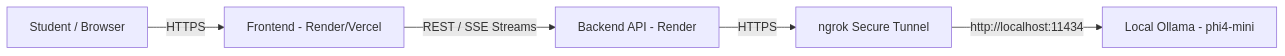
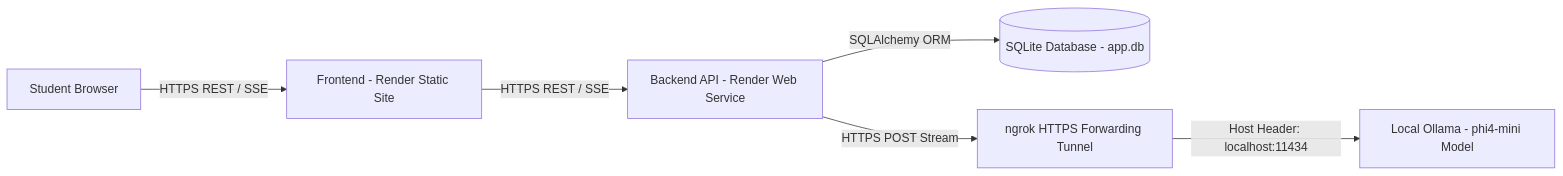
Before and after one commit to Daksh-Dixit21/vidyaloopchatbot: the diagram in README.md, drawn with Mermaid. The commit also changed other lines of this file, not shown here.

Commit message:
Update README with exhaustive onboarding manual, setup instructions, engineering rules, commit changelog, and AI roadmap

````diff
--- a/README.md
+++ b/README.md
@@ -17,7 +30,8 @@
 ```mermaid
 graph LR
-    User[Student / Browser] -->|HTTPS| FE[Frontend - Render/Vercel]
-    FE -->|REST / SSE Streams| BE[Backend API - Render]
-    BE -->|HTTPS| Ngrok[ngrok Secure Tunnel]
-    Ngrok -->|http://localhost:11434| Ollama[Local Ollama - phi4-mini]
+    User[Student Browser] -->|HTTPS REST / SSE| FE[Frontend - Render Static Site]
+    FE -->|HTTPS REST / SSE| BE[Backend API - Render Web Service]
+    BE -->|SQLAlchemy ORM| DB[(SQLite Database - app.db)]
+    BE -->|HTTPS POST Stream| Ngrok[ngrok HTTPS Forwarding Tunnel]
+    Ngrok -->|Host Header: localhost:11434| Ollama[Local Ollama - phi4-mini Model]
 ```
````
